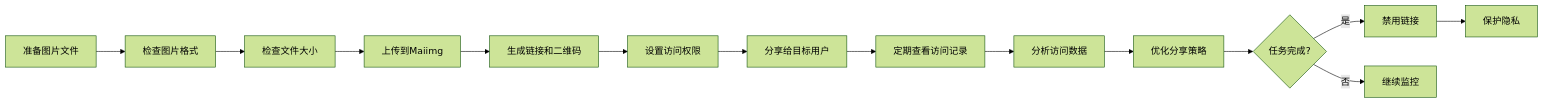
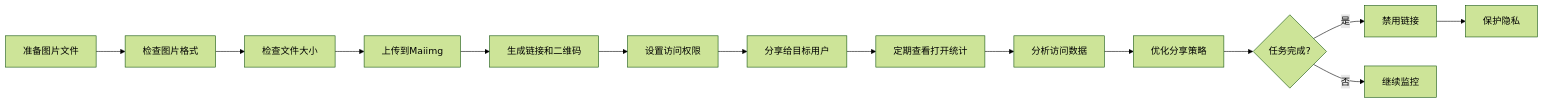
Before and after one commit to mythenigma/cloudflareAstro: diagram 13 of 14 in src/content/blog/cn/maiimg-complete-workflow-guide-with-diagrams.md, drawn with Mermaid (forest theme). The commit also changed other lines of this file and 353 other files, not shown here.

````diff
--- a/src/content/blog/cn/maiimg-complete-workflow-guide-with-diagrams.md
+++ b/src/content/blog/cn/maiimg-complete-workflow-guide-with-diagrams.md
@@ -413,16 +413,16 @@
 ```mermaid
 graph LR
     A[准备图片文件] --> B[检查图片格式]
     B --> C[检查文件大小]
     C --> D[上传到Maiimg]
     D --> E[生成链接和二维码]
     E --> F[设置访问权限]
     F --> G[分享给目标用户]
-    G --> H[定期查看访问记录]
+    G --> H[定期查看打开统计]
     H --> I[分析访问数据]
     I --> J[优化分享策略]
     J --> K{任务完成?}
     K -->|是| L[禁用链接]
     K -->|否| M[继续监控]
     L --> N[保护隐私]
 ```
````
